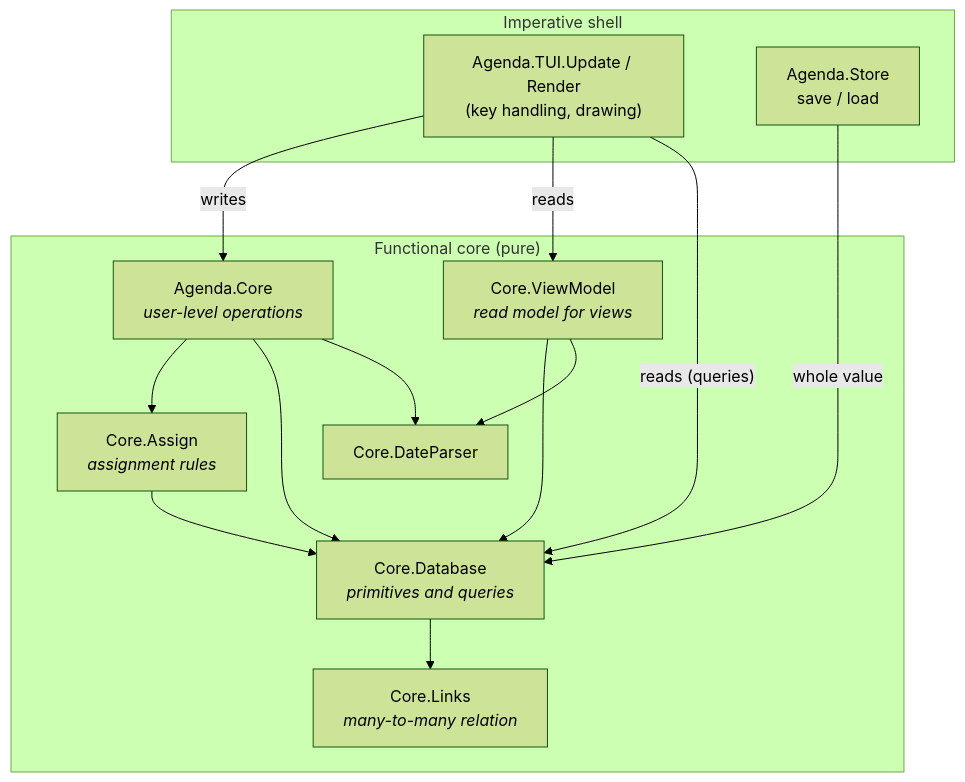
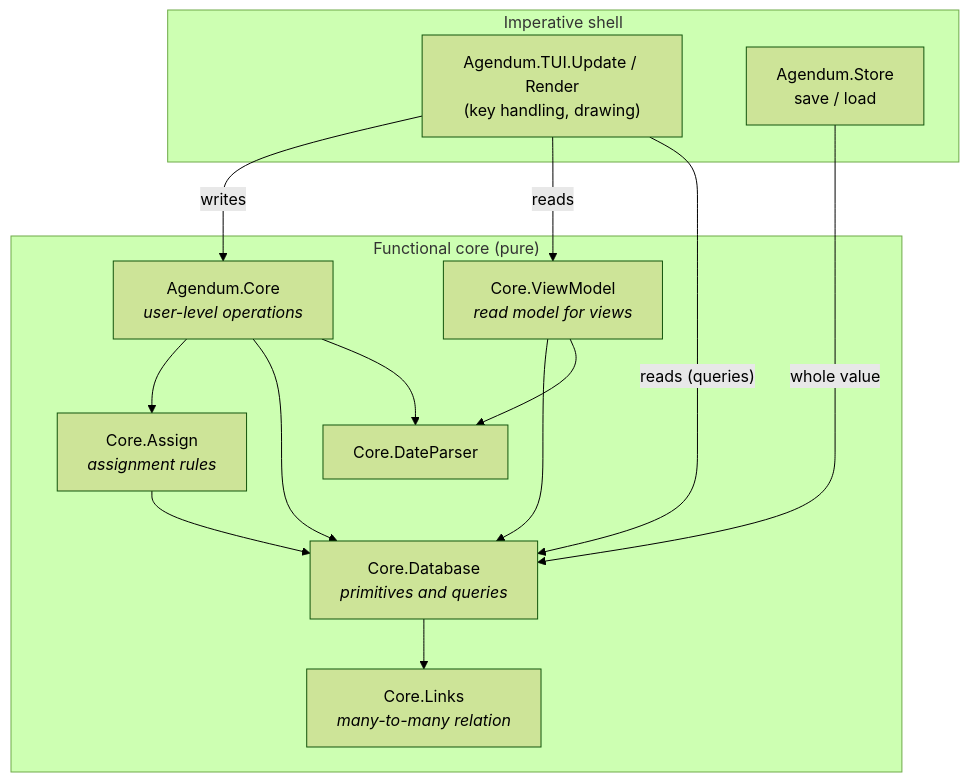
One commit to jamting/agendum changed the first of 7 diagrams in docs/DATA_ACCESS.md. Above: the diagram before and after it, drawn with Mermaid (forest theme). The commit also changed other lines of this file and 626 other files, not shown here.

````diff
--- a/docs/DATA_ACCESS.md
+++ b/docs/DATA_ACCESS.md
@@ -13,26 +13,26 @@
 ```mermaid
 flowchart TB
     subgraph shell ["Imperative shell"]
-        TUI["Agenda.TUI.Update / Render<br/>(key handling, drawing)"]
-        Store["Agenda.Store<br/>save / load"]
+        TUI["Agendum.TUI.Update / Render<br/>(key handling, drawing)"]
+        Store["Agendum.Store<br/>save / load"]
     end
     subgraph core ["Functional core (pure)"]
-        Facade["Agenda.Core<br/><i>user-level operations</i>"]
+        Facade["Agendum.Core<br/><i>user-level operations</i>"]
         VM["Core.ViewModel<br/><i>read model for views</i>"]
         Assign["Core.Assign<br/><i>assignment rules</i>"]
         DB["Core.Database<br/><i>primitives and queries</i>"]
         DP["Core.DateParser"]
         Links["Core.Links<br/><i>many-to-many relation</i>"]
     end
     TUI -- "writes" --> Facade
     TUI -- "reads" --> VM
     TUI -- "reads (queries)" --> DB
     Store -- "whole value" --> DB
     Facade --> Assign
     Facade --> DB
     Facade --> DP
     VM --> DB
     VM --> DP
     Assign --> DB
     DB --> Links
 ```
````
